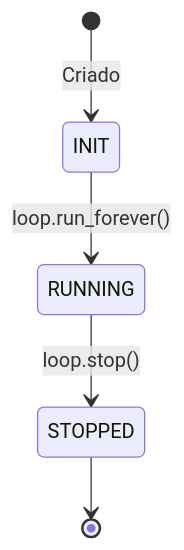
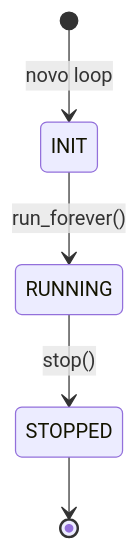
The third of 3 diagrams in README.md (diegomrodrigues2/py_async_lib), drawn with Mermaid before and after one commit. The commit also changed other lines of this file, not shown here.

````diff
--- a/README.md
+++ b/README.md
@@ -97,7 +66,7 @@
 ```mermaid
-stateDiagram-v2
-    [*] --> INIT: Criado
-    INIT --> RUNNING: loop.run_forever()
-    RUNNING --> STOPPED: loop.stop()
+stateDiagram
+    [*] --> INIT : novo loop
+    INIT --> RUNNING : run_forever()
+    RUNNING --> STOPPED : stop()
     STOPPED --> [*]
 ```
````
